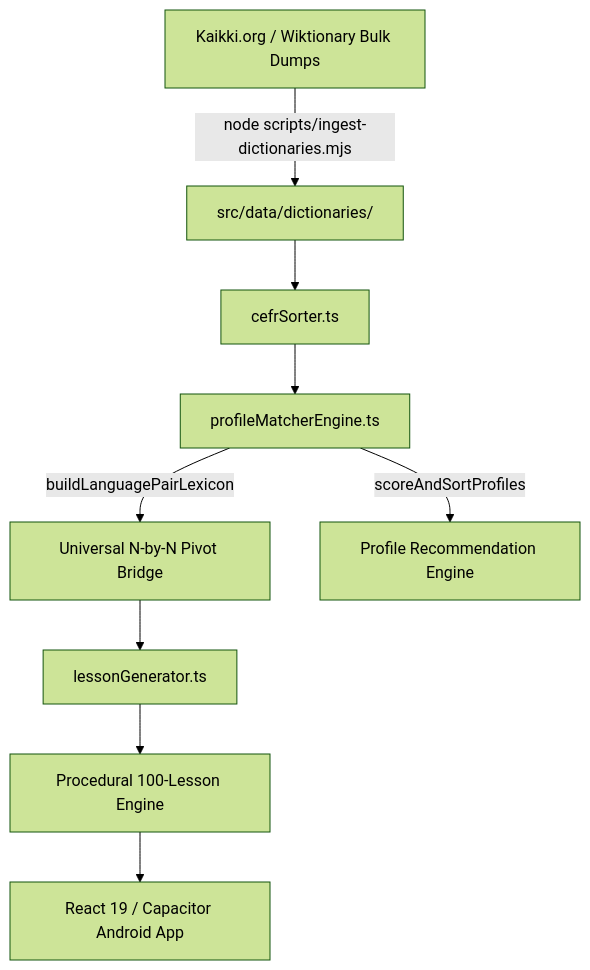
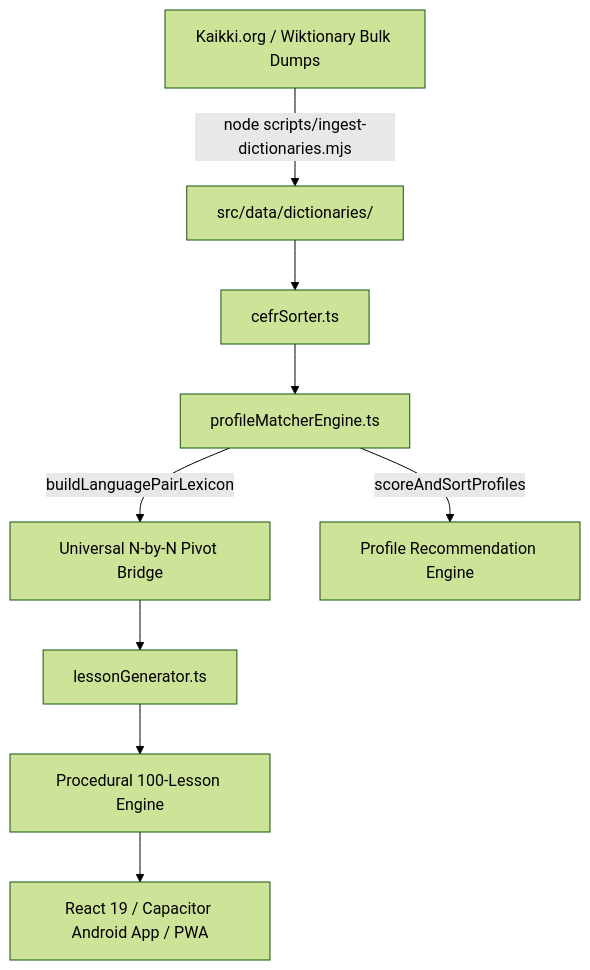
The diagram in README.md (AmrSherifCodes/Arabic-English-Thinking-Bridge), drawn with Mermaid (forest theme) before and after one commit. The commit also changed other lines of this file and 1 other file, not shown here.

````diff
--- a/README.md
+++ b/README.md
@@ -28,11 +36,11 @@
 ```mermaid
 graph TD
     A[Kaikki.org / Wiktionary Bulk Dumps] -->|node scripts/ingest-dictionaries.mjs| B[src/data/dictionaries/]
     B --> C[cefrSorter.ts]
     C --> D[profileMatcherEngine.ts]
     D -->|buildLanguagePairLexicon| E[Universal N-by-N Pivot Bridge]
     D -->|scoreAndSortProfiles| F[Profile Recommendation Engine]
     E --> G[lessonGenerator.ts]
     G --> H[Procedural 100-Lesson Engine]
-    H --> I[React 19 / Capacitor Android App]
+    H --> I[React 19 / Capacitor Android App / PWA]
 ```
````
